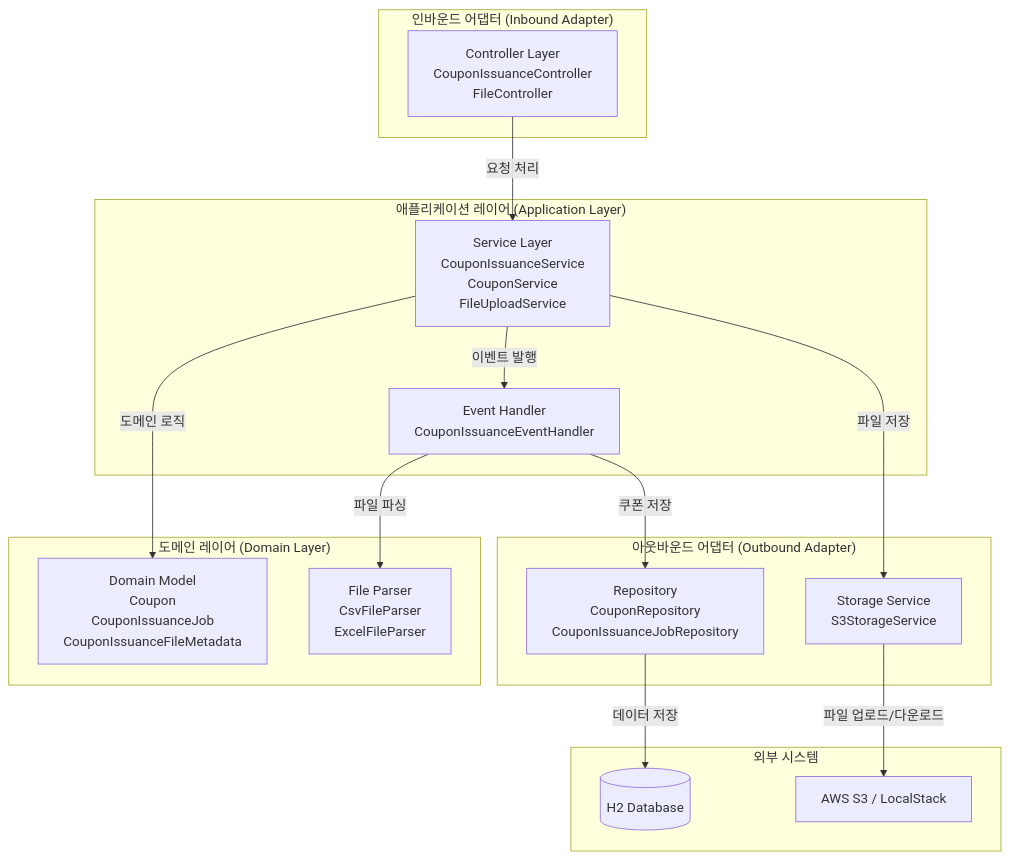
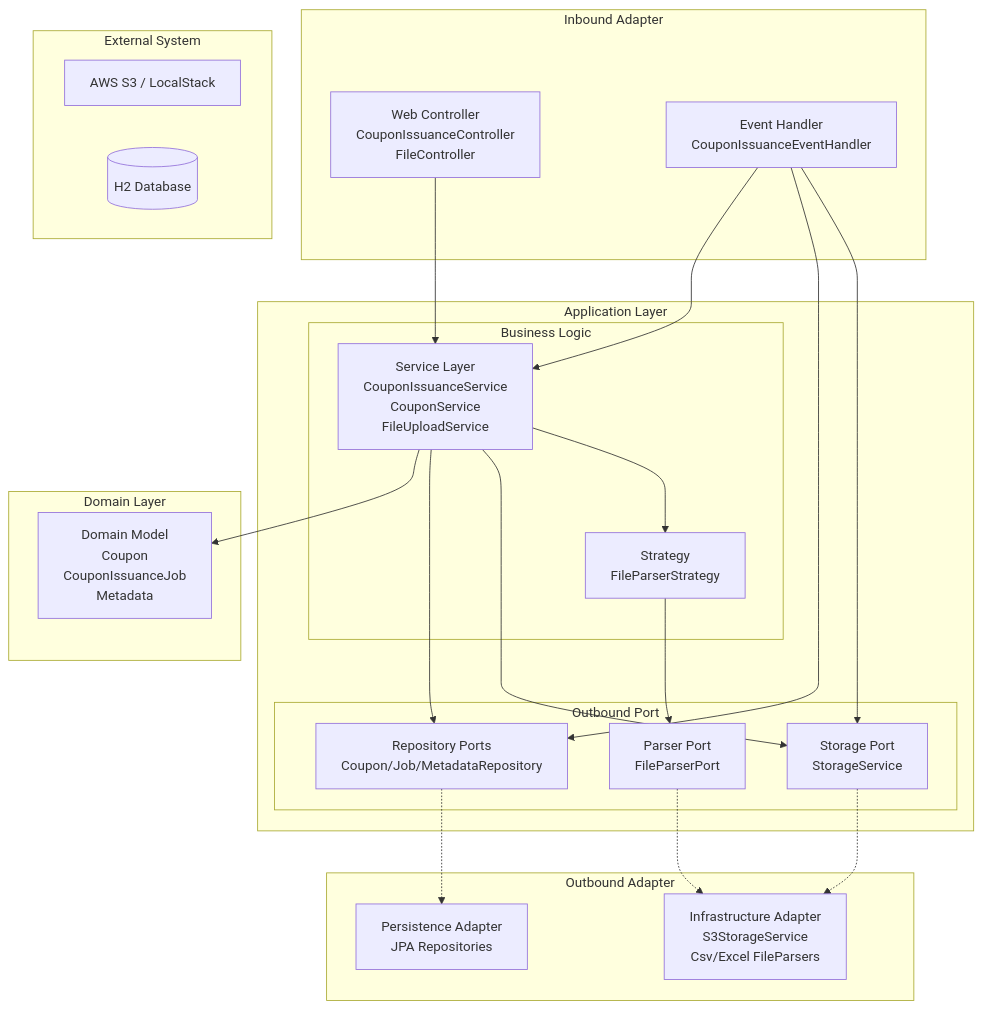
One commit to mxxikr/cupon-admin changed the first of 2 diagrams in README.md. Above: the diagram before and after it, drawn with Mermaid. The commit also changed other lines of this file, not shown here.

````diff
--- a/README.md
+++ b/README.md
@@ -39,35 +30,51 @@
 ```mermaid
 graph TB
-    subgraph "인바운드 어댑터 (Inbound Adapter)"
-        Controller[Controller Layer<br/>CouponIssuanceController<br/>FileController]
-    end
-    
-    subgraph "애플리케이션 레이어 (Application Layer)"
-        Service[Service Layer<br/>CouponIssuanceService<br/>CouponService<br/>FileUploadService]
+    subgraph "Inbound Adapter"
+        Controller[Web Controller<br/>CouponIssuanceController<br/>FileController]
         EventHandler[Event Handler<br/>CouponIssuanceEventHandler]
     end
     
-    subgraph "도메인 레이어 (Domain Layer)"
-        Domain[Domain Model<br/>Coupon<br/>CouponIssuanceJob<br/>CouponIssuanceFileMetadata]
-        Parser[File Parser<br/>CsvFileParser<br/>ExcelFileParser]
+    subgraph "Application Layer"
+        subgraph "Business Logic"
+            Service[Service Layer<br/>CouponIssuanceService<br/>CouponService<br/>FileUploadService]
+            Strategy[Strategy<br/>FileParserStrategy]
+        end
+        
+        subgraph "Outbound Port"
+            RepoPort[Repository Ports<br/>Coupon/Job/MetadataRepository]
+            StoragePort[Storage Port<br/>StorageService]
+            ParserPort[Parser Port<br/>FileParserPort]
+        end
     end
     
-    subgraph "아웃바운드 어댑터 (Outbound Adapter)"
-        Repository[Repository<br/>CouponRepository<br/>CouponIssuanceJobRepository]
-        Storage[Storage Service<br/>S3StorageService]
+    subgraph "Domain Layer"
+        Domain[Domain Model<br/>Coupon<br/>CouponIssuanceJob<br/>Metadata]
     end
     
-    subgraph "외부 시스템"
+    subgraph "Outbound Adapter"
+        Persistence[Persistence Adapter<br/>JPA Repositories]
+        Infrastructure[Infrastructure Adapter<br/>S3StorageService<br/>Csv/Excel FileParsers]
+    end
+    
+    subgraph "External System"
         S3[AWS S3 / LocalStack]
         DB[(H2 Database)]
     end
     
-    Controller -->|요청 처리| Service
-    Service -->|도메인 로직| Domain
-    Service -->|이벤트 발행| EventHandler
-    EventHandler -->|파일 파싱| Parser
-    EventHandler -->|쿠폰 저장| Repository
-    Service -->|파일 저장| Storage
-    Storage -->|파일 업로드/다운로드| S3
-    Repository -->|데이터 저장| DB
+    %% Dependencies
+    Controller --> Service
+    EventHandler --> Service
+    EventHandler --> RepoPort
+    EventHandler --> StoragePort
+    
+    Service --> Domain
+    Service --> RepoPort
+    Service --> StoragePort
+    Service --> Strategy
+    Strategy --> ParserPort
+    
+    %% DIP
+    RepoPort -.-> Persistence
+    StoragePort -.-> Infrastructure
+    ParserPort -.-> Infrastructure
 ```
````
